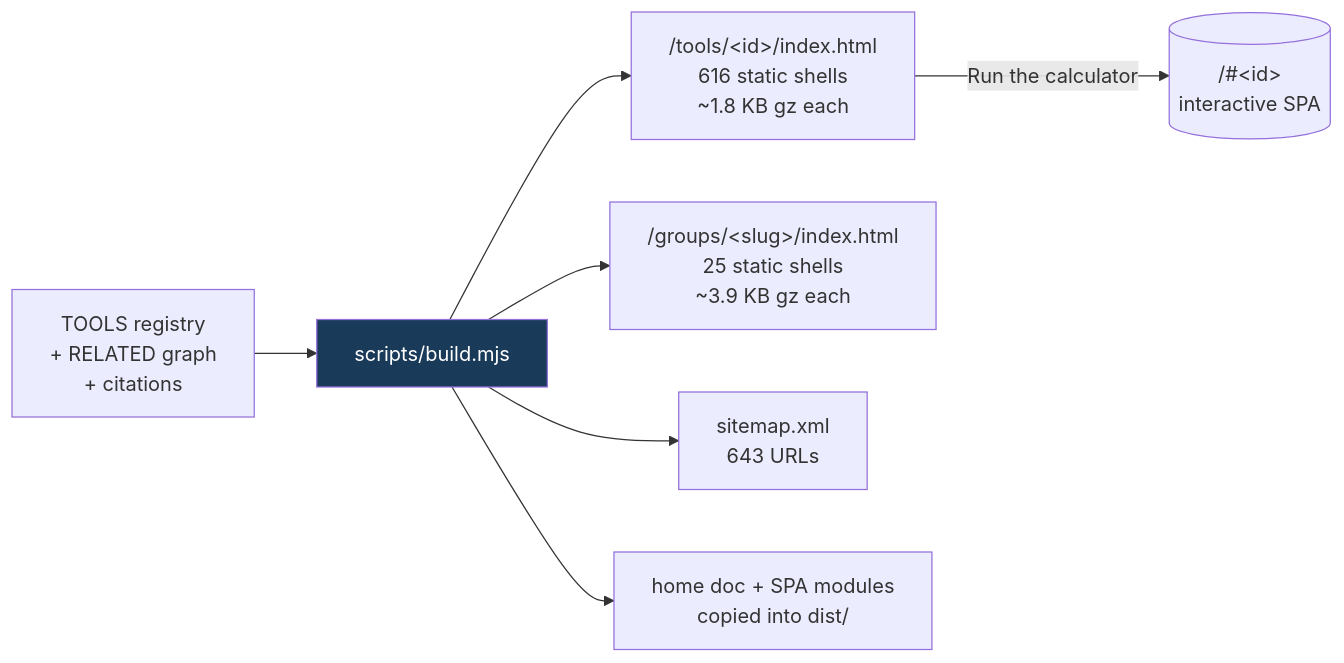
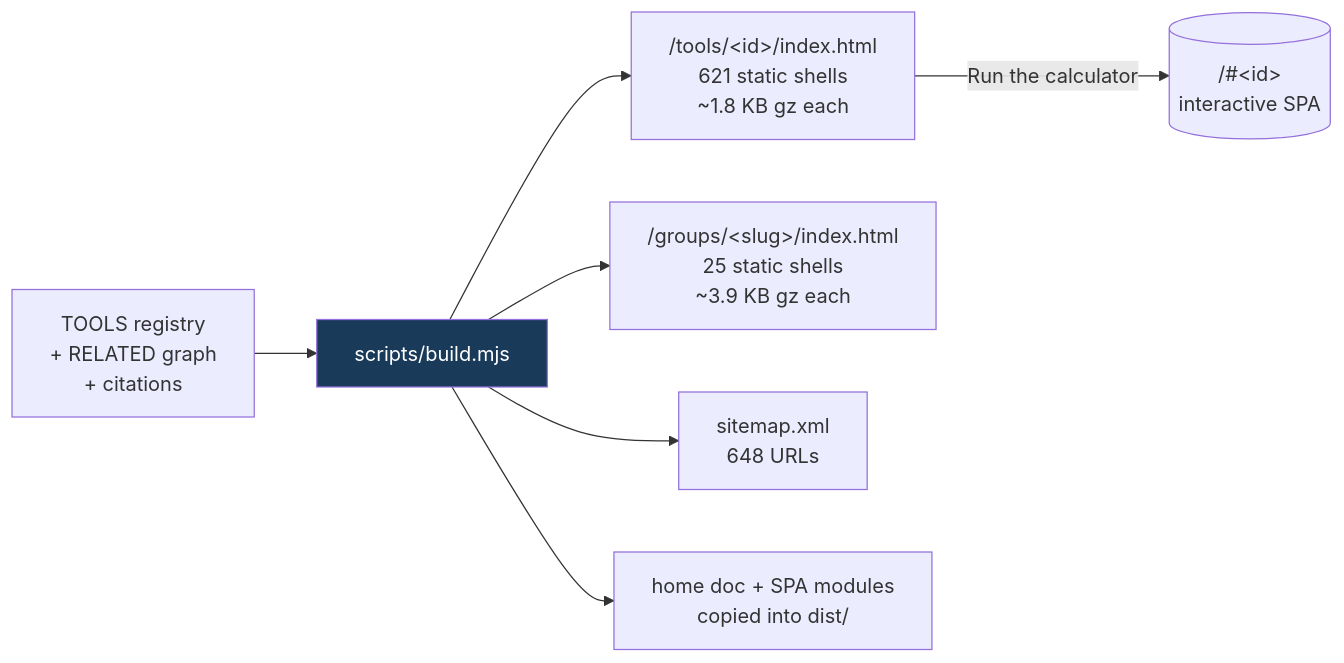
Before and after one commit to clay-good/roughlogic.com: the fifth of 8 diagrams in README.md, drawn with Mermaid. The commit also changed other lines of this file and 16 other files, not shown here.

````diff
--- a/README.md
+++ b/README.md
@@ -363,10 +363,10 @@
 ```mermaid
 flowchart LR
     SRC[TOOLS registry\n+ RELATED graph\n+ citations] --> BUILD[scripts/build.mjs]
-    BUILD --> TILE["/tools/&lt;id&gt;/index.html\n616 static shells\n~1.8 KB gz each"]
+    BUILD --> TILE["/tools/&lt;id&gt;/index.html\n621 static shells\n~1.8 KB gz each"]
     BUILD --> GROUP["/groups/&lt;slug&gt;/index.html\n25 static shells\n~3.9 KB gz each"]
-    BUILD --> MAP["sitemap.xml\n643 URLs"]
+    BUILD --> MAP["sitemap.xml\n648 URLs"]
     BUILD --> COPY[home doc + SPA modules\ncopied into dist/]
     TILE -->|Run the calculator| SPA[("/#&lt;id&gt;\ninteractive SPA")]
     style BUILD fill:#1a3a5a,color:#fff
 ```
````
